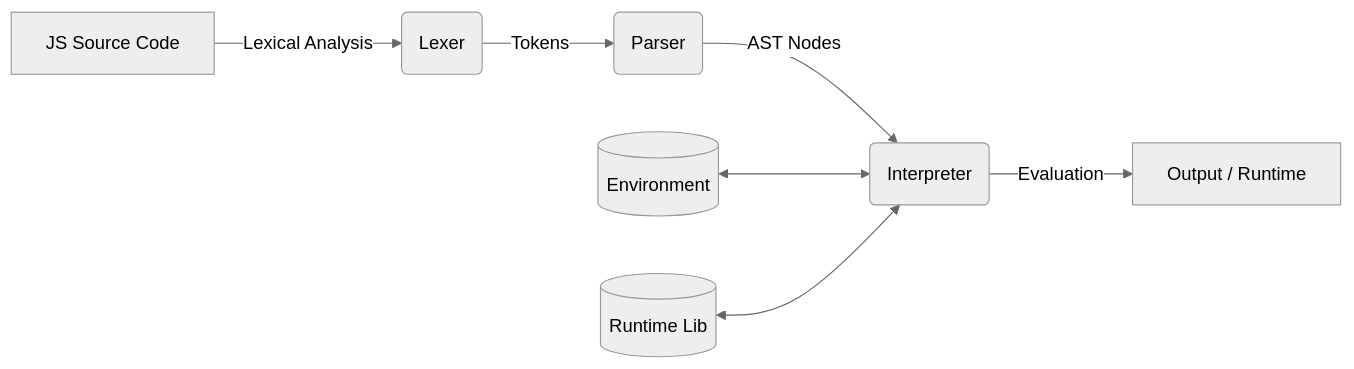
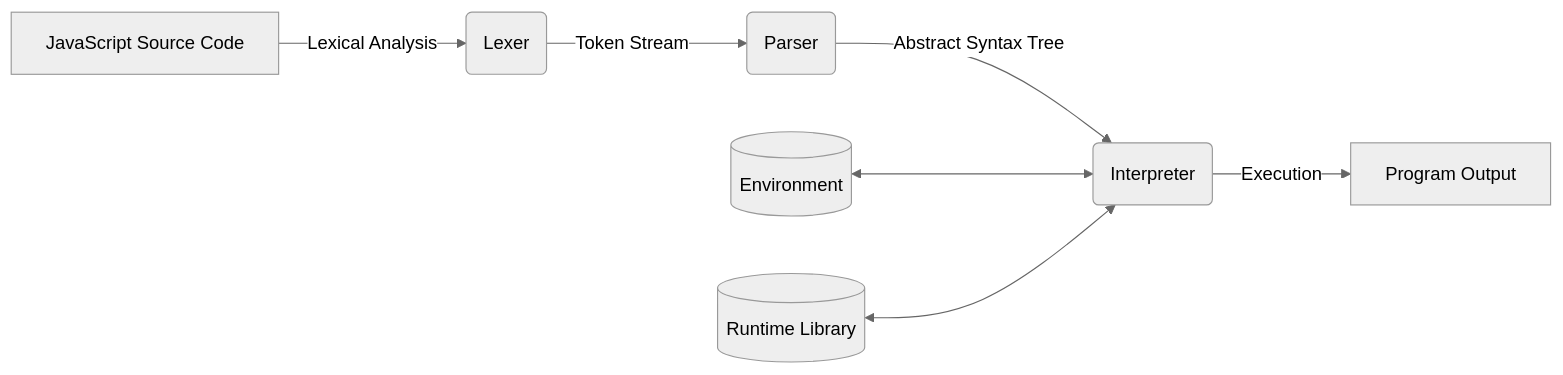
One commit to manish5423/Volt-JS changed the diagram in README.md. Above: the diagram before and after it, drawn with Mermaid (neutral theme). The commit also changed other lines of this file, not shown here.

````diff
--- a/README.md
+++ b/README.md
@@ -13,9 +15,9 @@
 ```mermaid
 graph LR
-    A[JS Source Code] -->|Lexical Analysis| B(Lexer)
-    B -->|Tokens| C(Parser)
-    C -->|AST Nodes| D(Interpreter)
-    D -->|Evaluation| E[Output / Runtime]
+    A[JavaScript Source Code] -->|Lexical Analysis| B(Lexer)
+    B -->|Token Stream| C(Parser)
+    C -->|Abstract Syntax Tree| D(Interpreter)
+    D -->|Execution| E[Program Output]
     F[(Environment)] <--> D
-    G[(Runtime Lib)] <--> D
+    G[(Runtime Library)] <--> D
 ```
````
